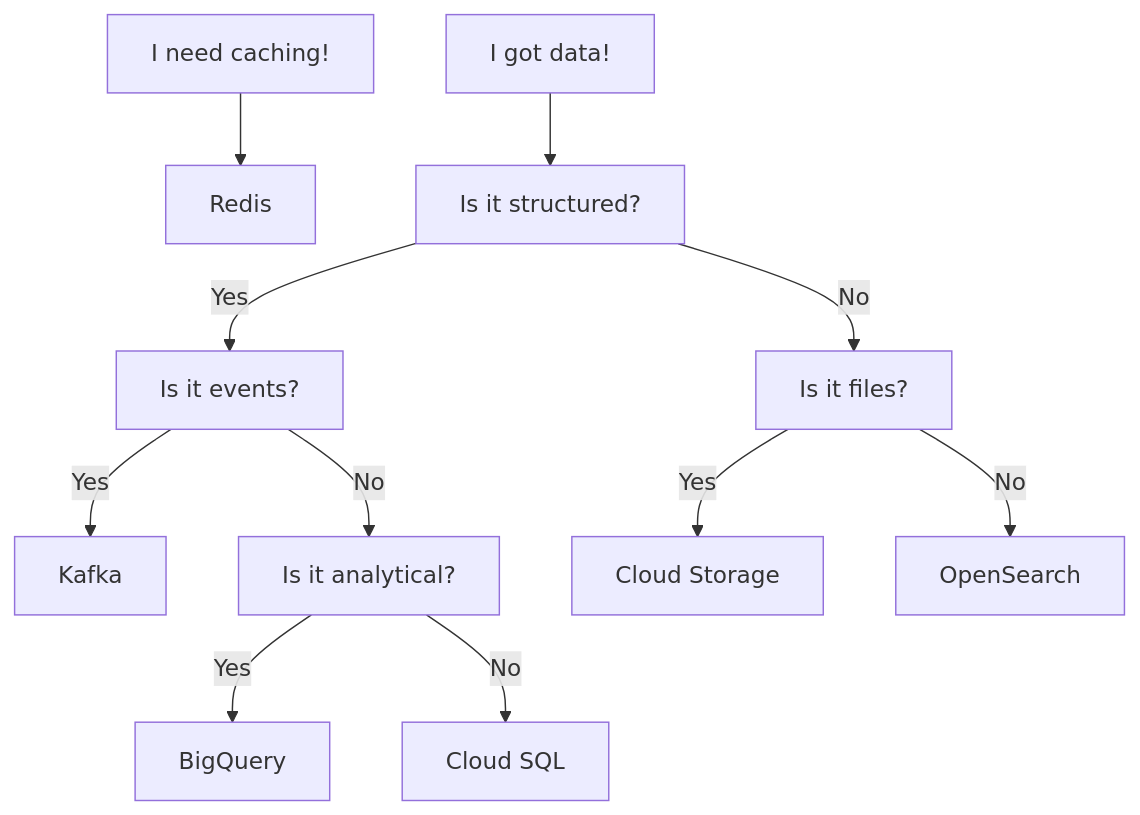
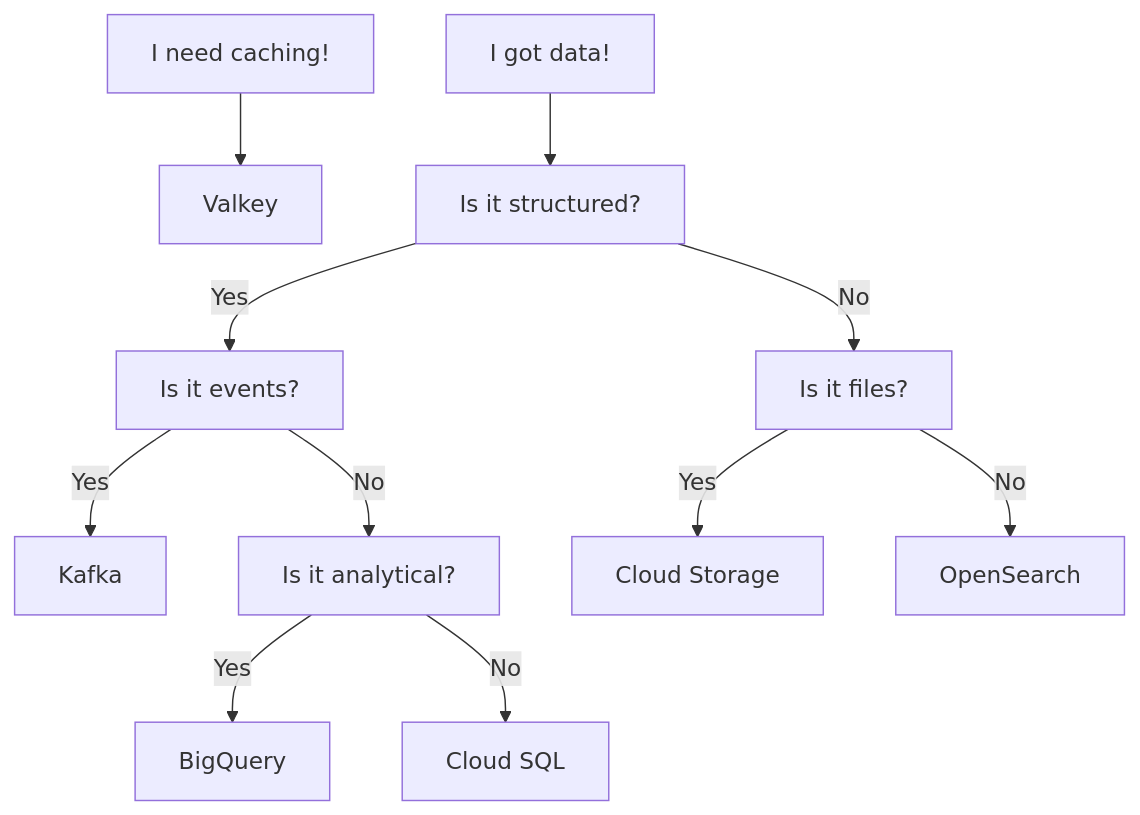
Before and after one commit to nais/doc: the diagram in docs/persistence/README.md, drawn with Mermaid. The commit also changed other lines of this file and 11 other files, not shown here.

````diff
--- a/docs/persistence/README.md
+++ b/docs/persistence/README.md
@@ -34,20 +34,20 @@
 ```mermaid
 graph TD
-  F[I need caching!] --> REDIS[Redis]
+  F[I need caching!] --> VALKEY[Valkey]
   A[I got data!] --> B[Is it structured?]
   B --> |Yes| C[Is it events?]
   B --> |No| D[Is it files?]
   C --> |Yes| Kafka
   C --> |No| E[Is it analytical?]
   D --> |Yes| GCS[Cloud Storage]
   D --> |No| Opensearch[OpenSearch]
   E --> |Yes| GBQ[BigQuery]
   E --> |No| GCSQL[Cloud SQL]
 
-  click REDIS "#redis"
+  click VALKEY "#valkey"
   click GBQ "#bigquery"
   click GCS "#cloud-storage-buckets"
   click GCSQL "#cloud-sql"
   click Kafka "#kafka"
   click Opensearch "#opensearch"
 ```
````
